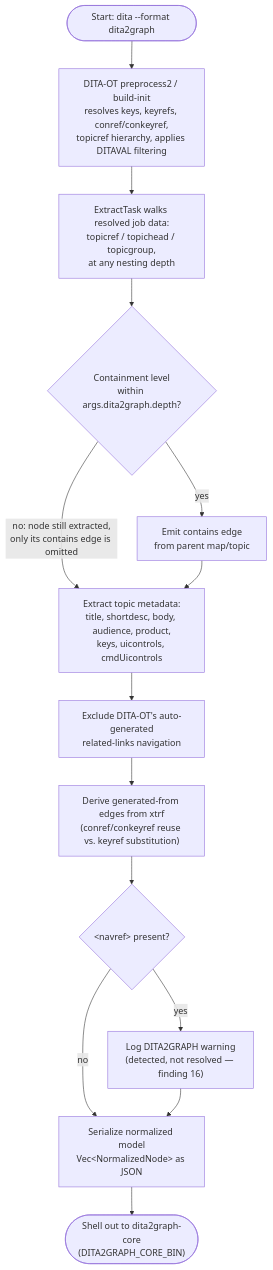
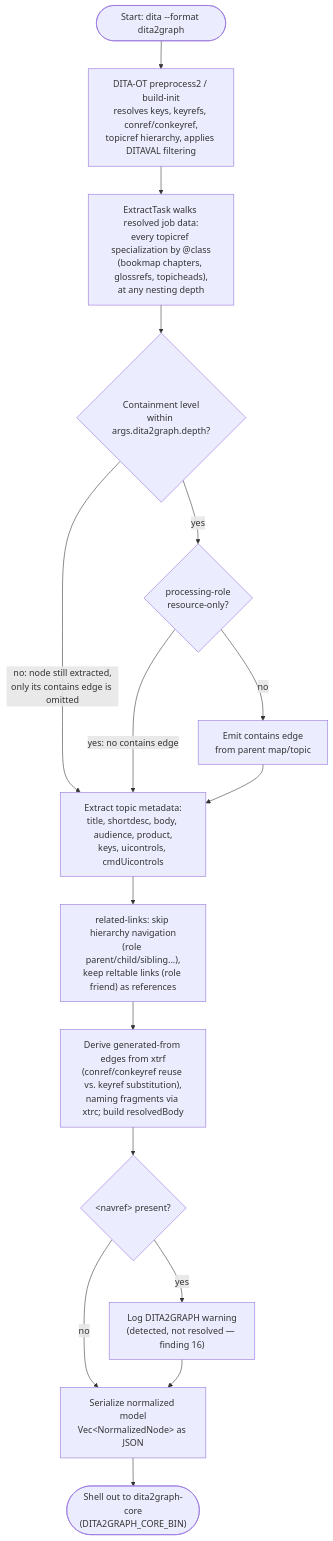
The fourth of 7 diagrams in docs/architecture.md (jyjeanne/DITA2Graph), drawn with Mermaid before and after one commit. The commit also changed other lines of this file and 22 other files, not shown here.

First line of the commit message:
feat: close the graph and mcp gaps found by the claude code benchmark

````diff
--- a/docs/architecture.md
+++ b/docs/architecture.md
@@ -291,16 +292,18 @@
 ```mermaid
 flowchart TD
     Start([Start: dita --format dita2graph]) --> Resolve["DITA-OT preprocess2 / build-init<br/>resolves keys, keyrefs, conref/conkeyref,<br/>topicref hierarchy, applies DITAVAL filtering"]
-    Resolve --> Walk["ExtractTask walks resolved job data:<br/>topicref / topichead / topicgroup,<br/>at any nesting depth"]
+    Resolve --> Walk["ExtractTask walks resolved job data:<br/>every topicref specialization by @class<br/>(bookmap chapters, glossrefs, topicheads),<br/>at any nesting depth"]
     Walk --> DepthCheck{"Containment level<br/>within args.dita2graph.depth?"}
     DepthCheck -- "no: node still extracted,<br/>only its contains edge is omitted" --> Metadata
-    DepthCheck -- yes --> ContainsEdge["Emit contains edge<br/>from parent map/topic"]
+    DepthCheck -- yes --> ResourceOnly{"processing-role<br/>resource-only?"}
+    ResourceOnly -- "yes: no contains edge" --> Metadata
+    ResourceOnly -- no --> ContainsEdge["Emit contains edge<br/>from parent map/topic"]
     ContainsEdge --> Metadata["Extract topic metadata:<br/>title, shortdesc, body, audience, product,<br/>keys, uicontrols, cmdUicontrols"]
-    Metadata --> ExcludeNav["Exclude DITA-OT's auto-generated<br/>related-links navigation"]
-    ExcludeNav --> Provenance["Derive generated-from edges from xtrf<br/>(conref/conkeyref reuse vs. keyref substitution)"]
+    Metadata --> ExcludeNav["related-links: skip hierarchy navigation<br/>(role parent/child/sibling...),<br/>keep reltable links (role friend) as references"]
+    ExcludeNav --> Provenance["Derive generated-from edges from xtrf<br/>(conref/conkeyref reuse vs. keyref substitution),<br/>naming fragments via xtrc; build resolvedBody"]
     Provenance --> NavrefCheck{"&lt;navref&gt; present?"}
     NavrefCheck -- yes --> WarnNavref["Log DITA2GRAPH warning<br/>(detected, not resolved — finding 16)"]
     NavrefCheck -- no --> Emit
     WarnNavref --> Emit["Serialize normalized model<br/>Vec&lt;NormalizedNode&gt; as JSON"]
     Emit --> Handoff(["Shell out to dita2graph-core<br/>(DITA2GRAPH_CORE_BIN)"])
 ```
````
